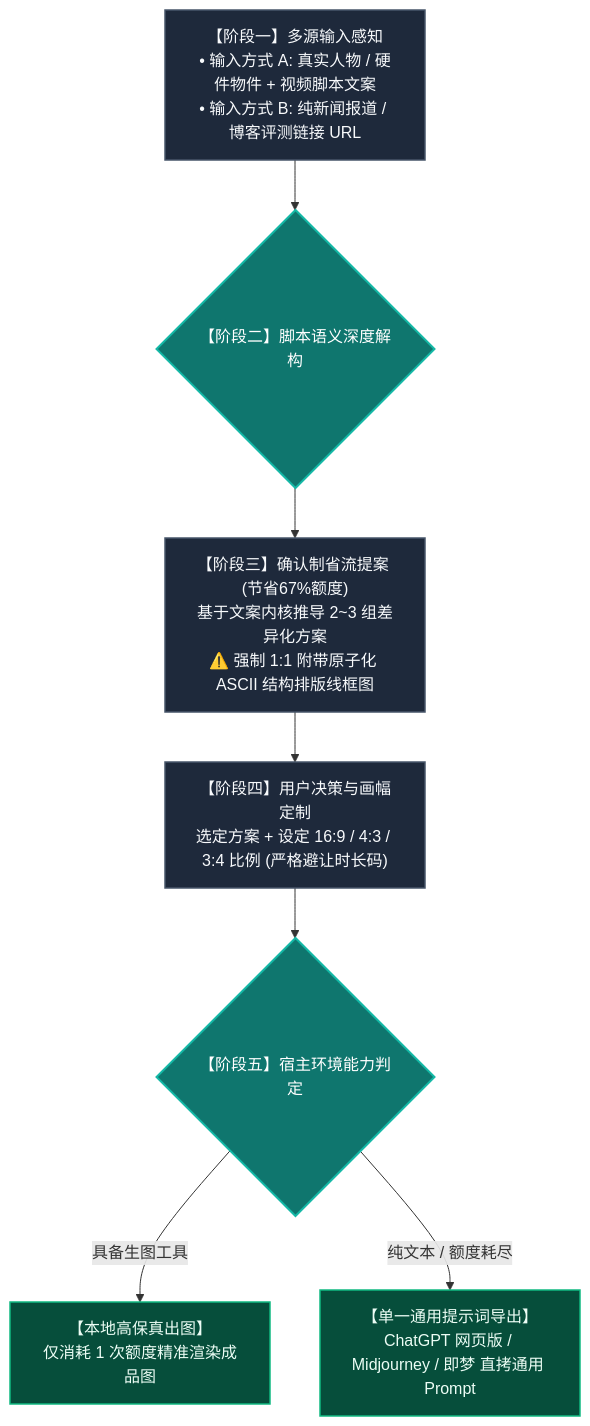
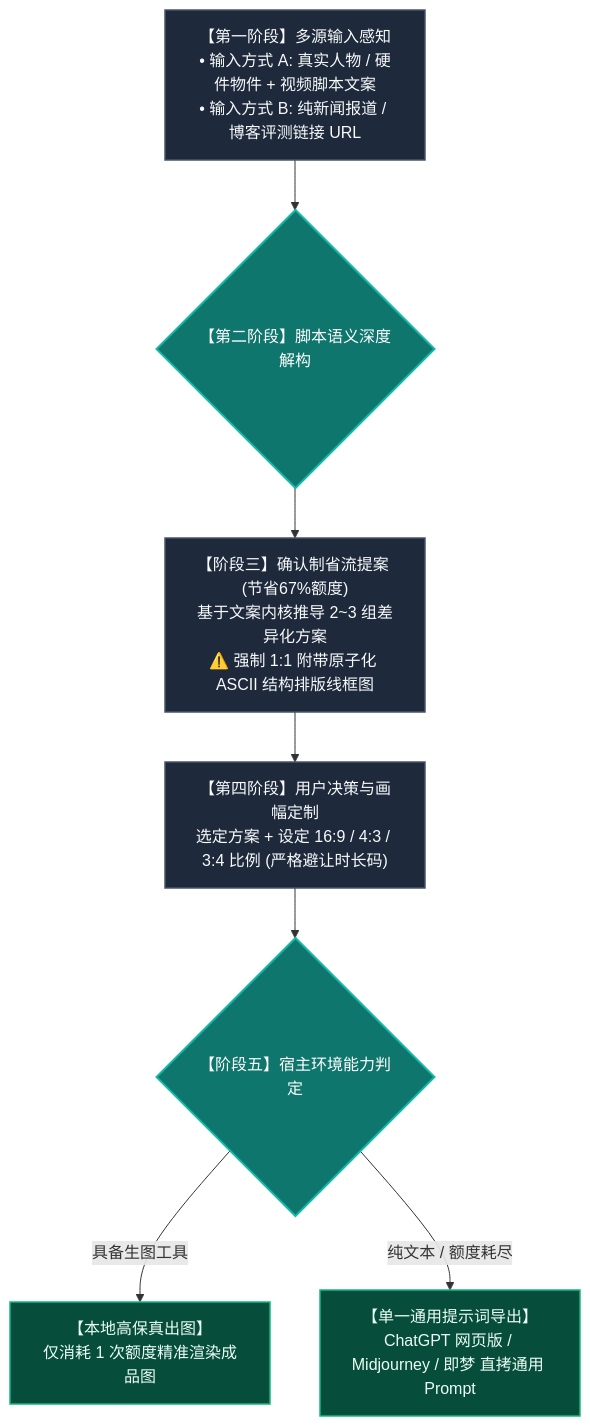
One commit to XuBeiYou408/video-cover-designer changed the diagram in README.md. Above: the diagram before and after it, drawn with Mermaid. The commit also changed other lines of this file and 1 other file, not shown here.

````diff
--- a/README.md
+++ b/README.md
@@ -23,21 +32,21 @@
 ```mermaid
 flowchart TD
-    A["【阶段一】多源输入感知<br>• 输入方式 A: 真实人物 / 硬件物件 + 视频脚本文案<br>• 输入方式 B: 纯新闻报道 / 博客评测链接 URL"]
-    --> B{"【阶段二】脚本语义深度解构"}
+    A["【第一阶段】多源输入感知<br>• 输入方式 A: 真实人物 / 硬件物件 + 视频脚本文案<br>• 输入方式 B: 纯新闻报道 / 博客评测链接 URL"]
+    --> B{"【第二阶段】脚本语义深度解构"}
 
     B --> C["【阶段三】确认制省流提案 (节省67%额度)<br>基于文案内核推导 2~3 组差异化方案<br>⚠️ 强制 1:1 附带原子化 ASCII 结构排版线框图"]
 
-    C --> D["【阶段四】用户决策与画幅定制<br>选定方案 + 设定 16:9 / 4:3 / 3:4 比例 (严格避让时长码)"]
+    C --> D["【第四阶段】用户决策与画幅定制<br>选定方案 + 设定 16:9 / 4:3 / 3:4 比例 (严格避让时长码)"]
 
     D --> E{"【阶段五】宿主环境能力判定"}
     E -->|具备生图工具| F["【本地高保真出图】<br>仅消耗 1 次额度精准渲染成品图"]
     E -->|纯文本 / 额度耗尽| G["【单一通用提示词导出】<br>ChatGPT 网页版 / Midjourney / 即梦 直拷通用 Prompt"]
 
     classDef stage fill:#1E293B,stroke:#475569,color:#F8FAFC,stroke-width:1.5px;
     classDef decision fill:#0F766E,stroke:#14B8A6,color:#FFFFFF,stroke-width:2px;
     classDef output fill:#064E3B,stroke:#10B981,color:#ECFDF5,stroke-width:1.5px;
 
     class A,C,D stage;
     class B,E decision;
     class F,G output;
 ```
````
